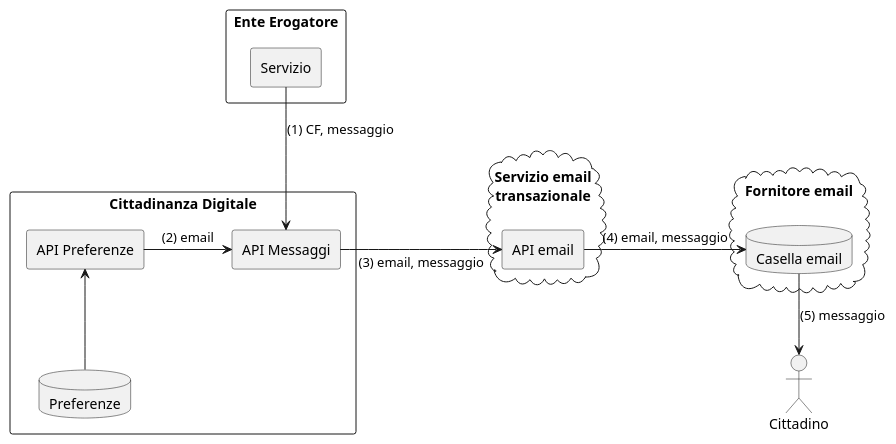
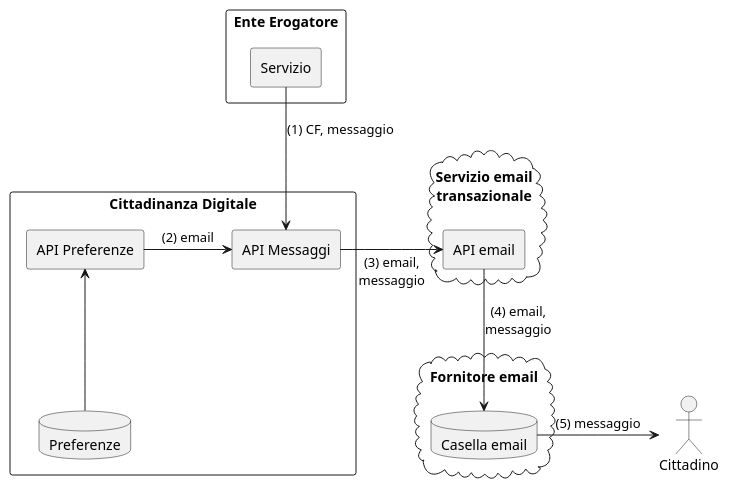
The diagram in gdpr/diagrams/messaggio-profile-email.puml (pagopa-archive/io), drawn with PlantUML before and after one commit. The commit also changed 16 other files, not shown here.

```diff
--- a/gdpr/diagrams/messaggio-profile-email.puml
+++ b/gdpr/diagrams/messaggio-profile-email.puml
@@ -1,34 +1,34 @@
 @startuml
 
 :Cittadino: as cittadino
 
 rectangle "Ente Erogatore" {
   agent "Servizio" as ente
 }
 
 rectangle "Cittadinanza Digitale" {
   agent "API Messaggi" as apimessaggi
   agent "API Preferenze" as apipreferenze
   database "Preferenze" as dbpreferenze
 }
 
 cloud "Servizio email\ntransazionale\n" {
   agent "API email" as txemail
 }
 
 cloud "Fornitore email\n" {
   database "Casella email" as emailprovider
 }
 
 ente --> apimessaggi : (1) CF, messaggio
 
-dbpreferenze -up-> apipreferenze
+dbpreferenze -u-> apipreferenze
 apipreferenze -> apimessaggi : (2) email
 
-apimessaggi -right-> txemail : (3) email, messaggio
+apimessaggi -right-> txemail : (3) email,\nmessaggio
 
-txemail -> emailprovider : (4) email, messaggio
+txemail -d-> emailprovider : (4) email,\nmessaggio
 
-emailprovider --> cittadino : (5) messaggio
+emailprovider -r-> cittadino : (5) messaggio
 
 @enduml
```
